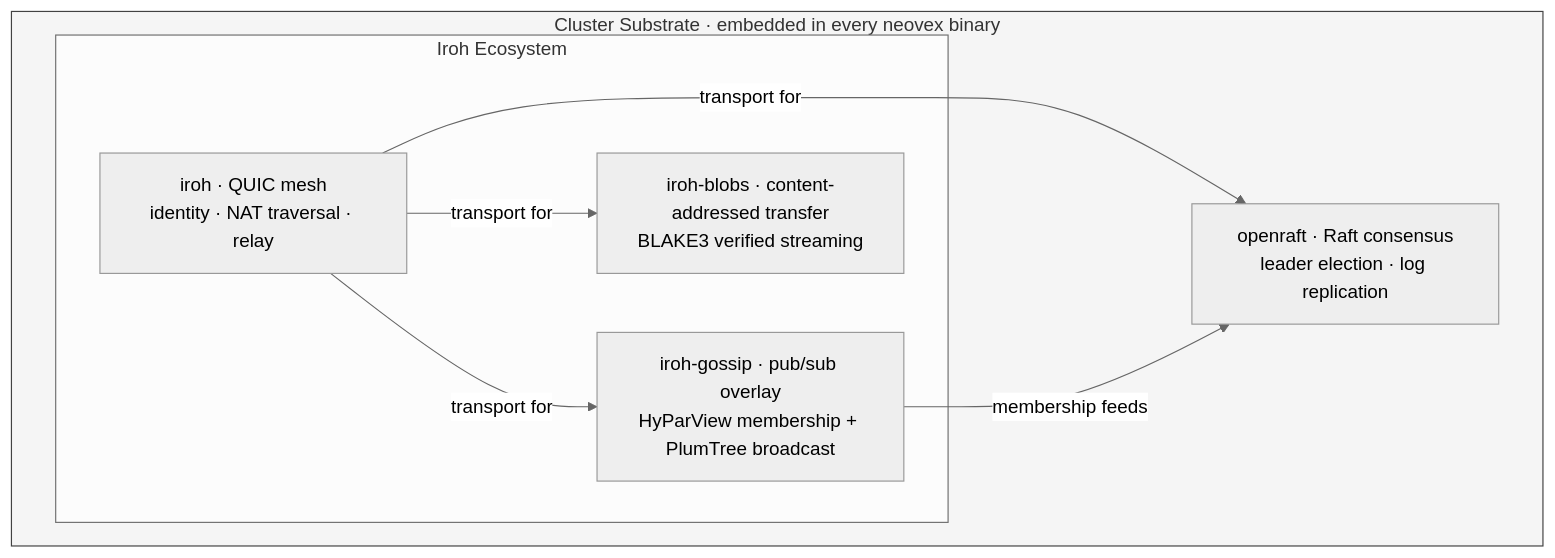
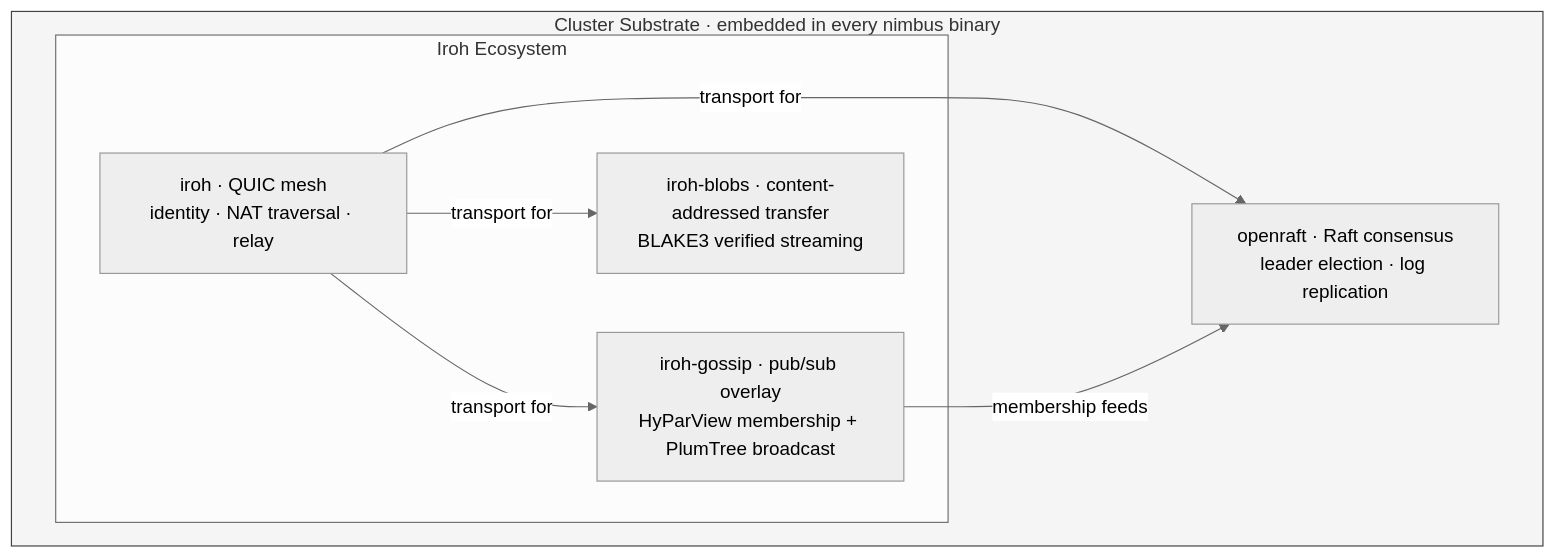
One commit to nimbus/nimbus changed the second of 28 diagrams in docs/architecture/horizontal-scaling.md. Above: the diagram before and after it, drawn with Mermaid (neutral theme). The commit also changed other lines of this file and 6725 other files, not shown here.

First line of the commit message:
rename: complete neovex→nimbus rebrand across entire codebase

````diff
--- a/docs/architecture/horizontal-scaling.md
+++ b/docs/architecture/horizontal-scaling.md
@@ -90,17 +90,17 @@
 ```mermaid
 flowchart TD
-    subgraph cluster["Cluster Substrate · embedded in every neovex binary"]
+    subgraph cluster["Cluster Substrate · embedded in every nimbus binary"]
         subgraph iroh_stack["Iroh Ecosystem"]
             Iroh["iroh · QUIC mesh\nidentity · NAT traversal · relay"]
             Gossip["iroh-gossip · pub/sub overlay\nHyParView membership + PlumTree broadcast"]
             Blobs["iroh-blobs · content-addressed transfer\nBLAKE3 verified streaming"]
         end
 
         Raft["openraft · Raft consensus\nleader election · log replication"]
 
         Iroh -->|transport for| Gossip & Blobs & Raft
         Gossip -->|membership feeds| Raft
     end
 
     style cluster fill:#f5f5f5,stroke:#424242
 ```
````
